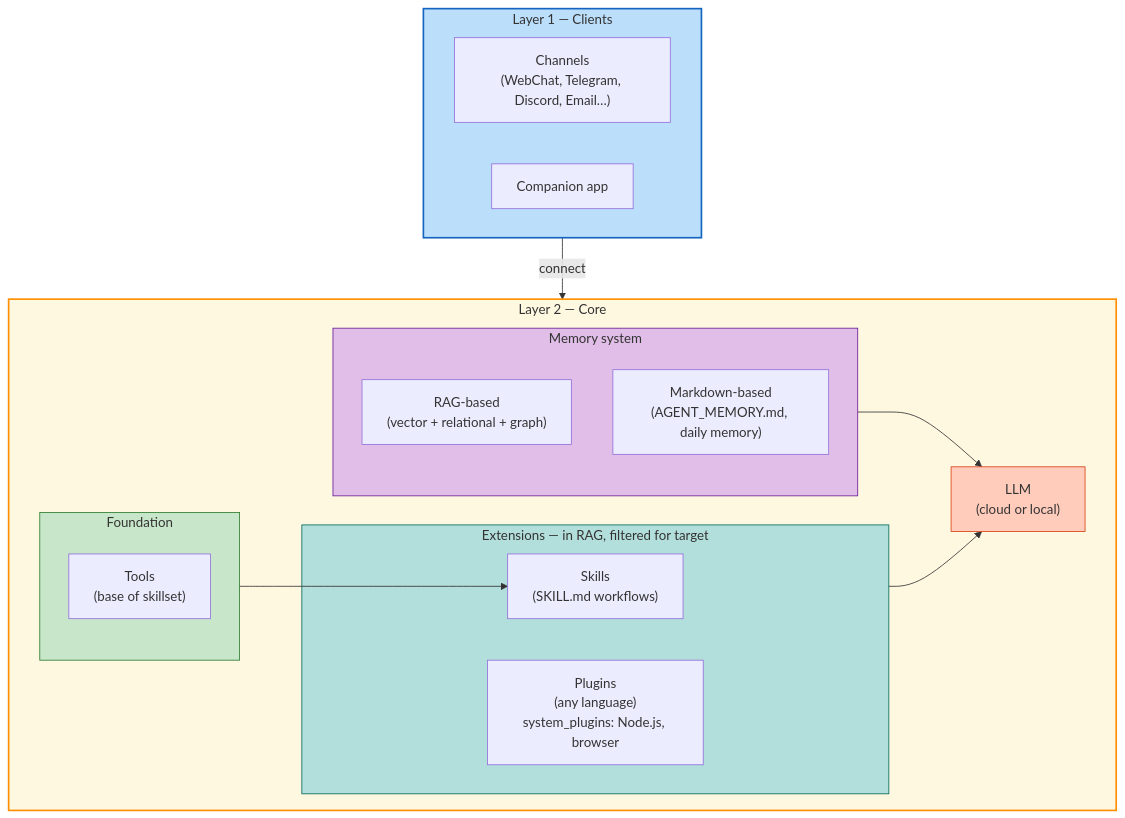
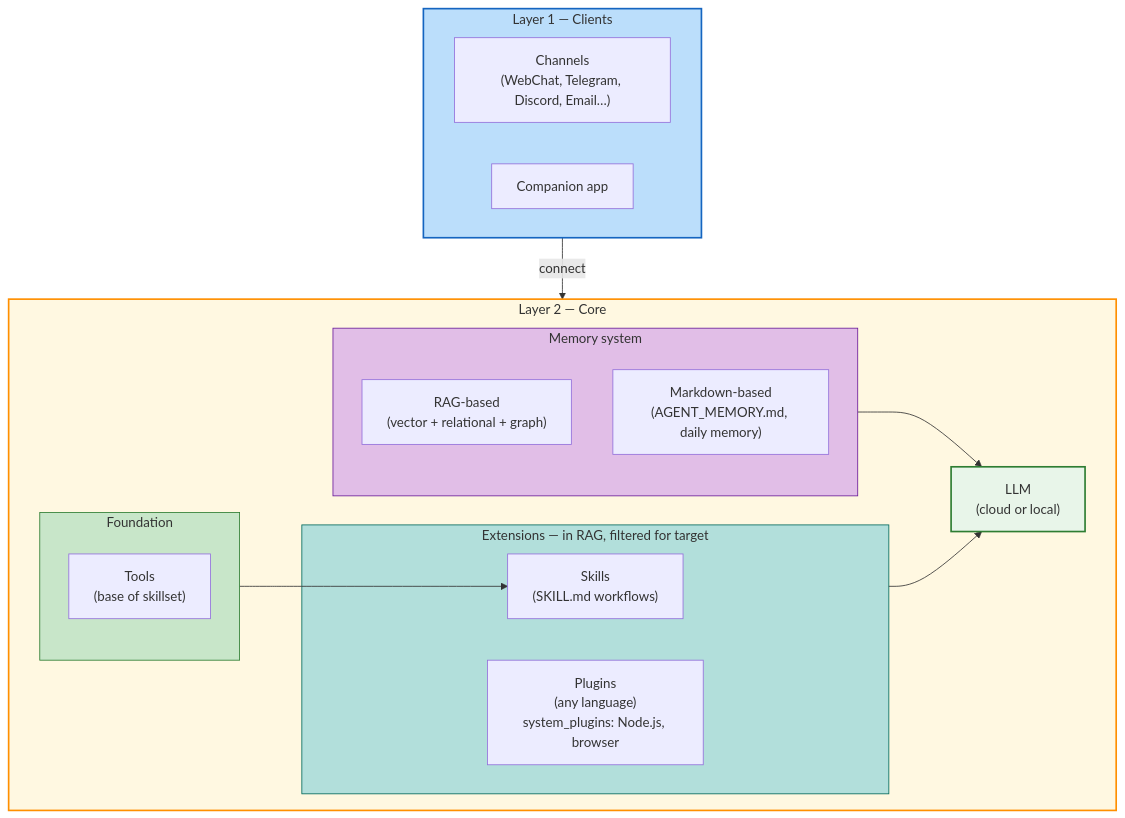
Before and after one commit to allenpeng0705/HomeClaw: the first of 3 diagrams in README.md, drawn with Mermaid.

````diff
--- a/README.md
+++ b/README.md
@@ -56,35 +56,35 @@
 ```mermaid
 flowchart TB
   subgraph Clients["Layer 1 — Clients"]
     direction LR
     CH["Channels\n(WebChat, Telegram, Discord, Email…)"]
     APP["Companion app"]
   end
 
   subgraph Core["Layer 2 — Core"]
     subgraph Memory["Memory system"]
       RAG["RAG-based\n(vector + relational + graph)"]
       MD["Markdown-based\n(AGENT_MEMORY.md, daily memory)"]
     end
     subgraph Base["Foundation"]
       T["Tools\n(base of skillset)"]
     end
     subgraph Ext["Extensions — in RAG, filtered for target"]
       S["Skills\n(SKILL.md workflows)"]
       P["Plugins\n(any language)\nsystem_plugins: Node.js, browser"]
     end
     LLM["LLM\n(cloud or local)"]
   end
 
   Clients -->|"connect"| Core
   Memory --> LLM
   Base --> S
   Ext --> LLM
 
   style Clients fill:#BBDEFB,stroke:#1565C0,stroke-width:2px
   style Core fill:#FFF8E1,stroke:#FF8F00,stroke-width:2px
   style Memory fill:#E1BEE7,stroke:#6A1B9A,stroke-width:1px
   style Base fill:#C8E6C9,stroke:#2E7D32,stroke-width:1px
   style Ext fill:#B2DFDB,stroke:#00695C,stroke-width:1px
-  style LLM fill:#FFCCBC,stroke:#D84315,stroke-width:1px
+  style LLM fill:#E8F5E9,stroke:#2E7D32,stroke-width:2px
 ```
````
